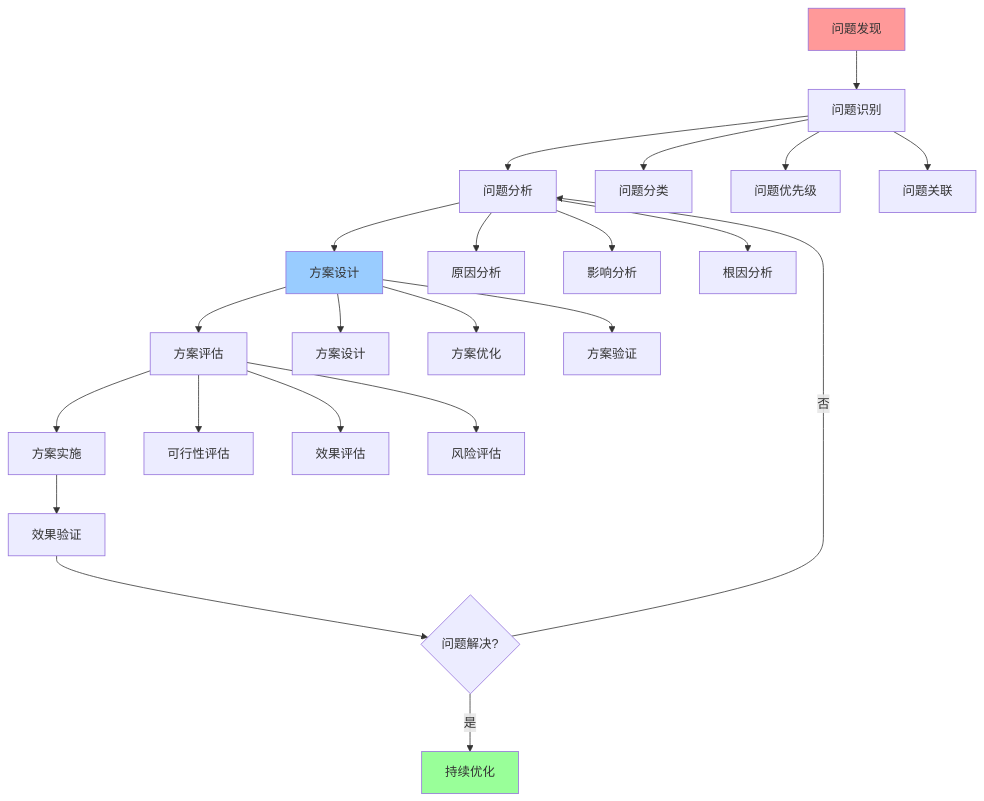
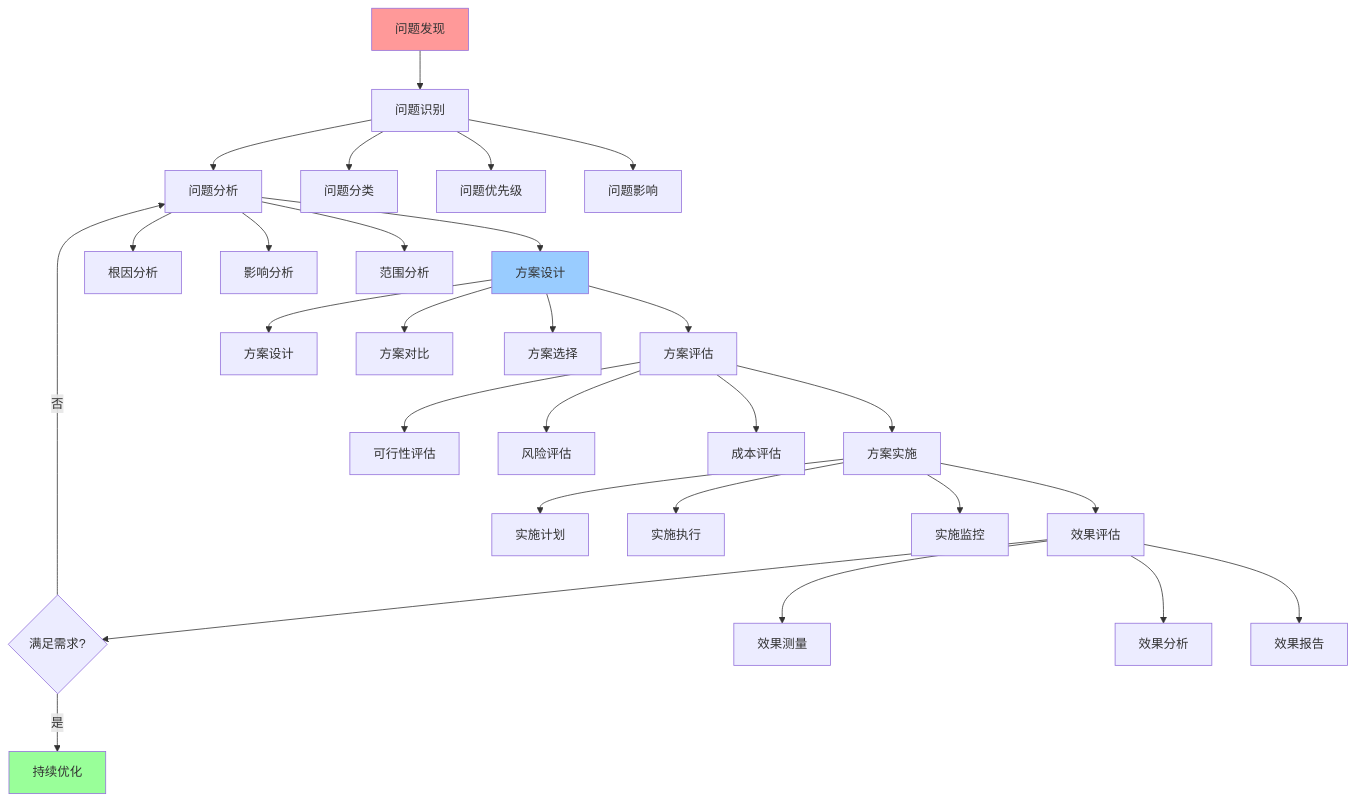
One commit to AdaMartin18010/wasmedge_k3s changed the diagram in docs/COGNITIVE/01-core-foundations/visualizations/17-problem-solving-detailed-process.md. Above: the diagram before and after it, drawn with Mermaid. The commit also changed other lines of this file and 254 other files, not shown here.

````diff
--- a/docs/COGNITIVE/01-core-foundations/visualizations/17-problem-solving-detailed-process.md
+++ b/docs/COGNITIVE/01-core-foundations/visualizations/17-problem-solving-detailed-process.md
@@ -16,32 +44,40 @@
 ```mermaid
 graph TB
     A[问题发现] --> B[问题识别]
     B --> C[问题分析]
     C --> D[方案设计]
     D --> E[方案评估]
     E --> F[方案实施]
-    F --> G[效果验证]
-    G --> H{问题解决?}
+    F --> G[效果评估]
+    G --> H{满足需求?}
     H -->|是| I[持续优化]
     H -->|否| C
 
     B --> B1[问题分类]
     B --> B2[问题优先级]
-    B --> B3[问题关联]
+    B --> B3[问题影响]
 
-    C --> C1[原因分析]
+    C --> C1[根因分析]
     C --> C2[影响分析]
-    C --> C3[根因分析]
+    C --> C3[范围分析]
 
     D --> D1[方案设计]
-    D --> D2[方案优化]
-    D --> D3[方案验证]
+    D --> D2[方案对比]
+    D --> D3[方案选择]
 
     E --> E1[可行性评估]
-    E --> E2[效果评估]
-    E --> E3[风险评估]
+    E --> E2[风险评估]
+    E --> E3[成本评估]
+
+    F --> F1[实施计划]
+    F --> F2[实施执行]
+    F --> F3[实施监控]
+
+    G --> G1[效果测量]
+    G --> G2[效果分析]
+    G --> G3[效果报告]
 
     style A fill:#ff9999
     style D fill:#99ccff
     style I fill:#99ff99
 ```
````
